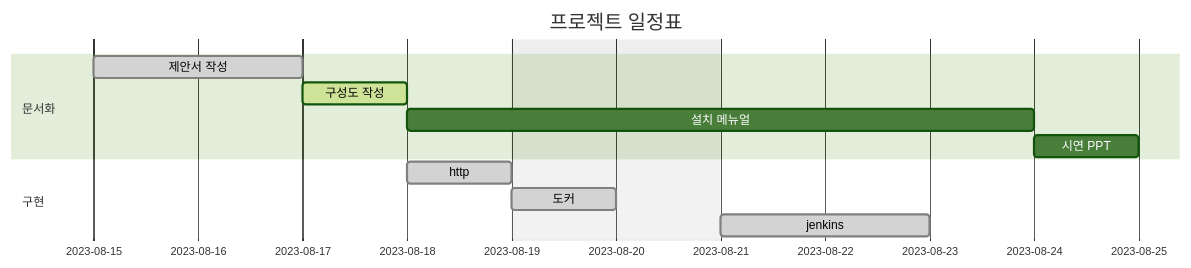
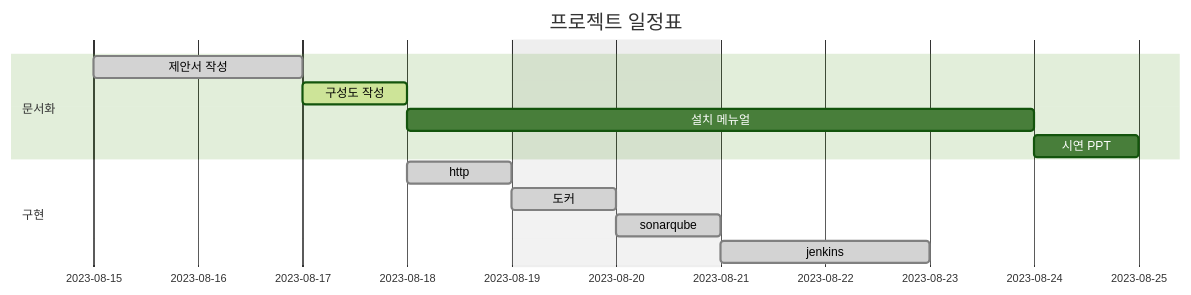
One commit to LOFL404/project1 changed the diagram in README.md. Above: the diagram before and after it, drawn with Mermaid (forest theme).

````diff
--- a/README.md
+++ b/README.md
@@ -1,20 +1,21 @@
 ```mermaid
 gantt
     dateFormat  YYYY-MM-DD
     axisFormat  %Y-%m-%d
     title       프로젝트 일정표
     excludes    weekends saturday,sunday
     
     section 문서화
     제안서 작성     :done,    a, 2023-08-15, 2d
     구성도 작성     :active,    b, 2023-08-17, 1d
     설치 메뉴얼     :c, after b, 4d
     시연 PPT        :after c, 1d
 
     section 구현
-    http            :done,        d, 2023-08-18, 1d
+    http            :done,    d, 2023-08-18, 1d
     도커            :done,    e, 2023-08-19, 1d
-    jenkins         :done,    f, 2023-08-21, 2d
+    sonarqube       :done,    f, 2023-08-20, 1d
+    jenkins         :done,    g, 2023-08-21, 2d
      
     
 ```
````
